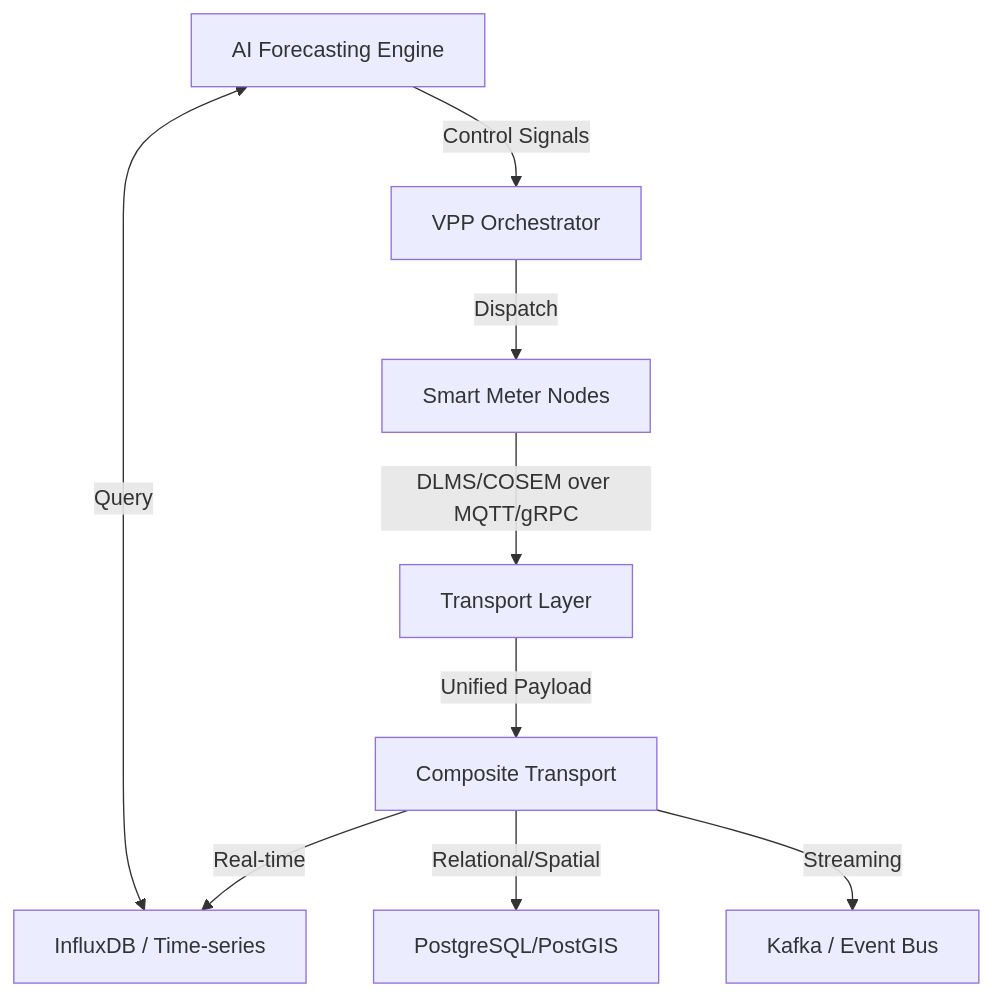
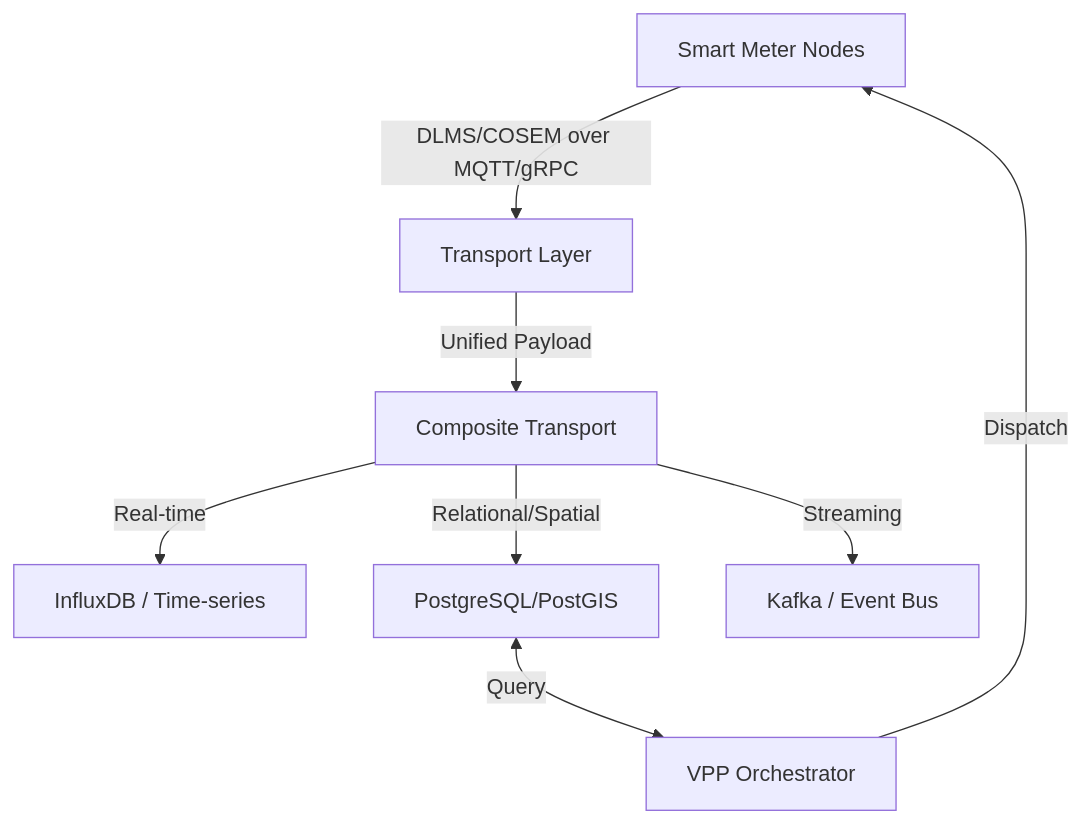
The diagram in docs/features/DATA_FLOW_INTEGRATION.md (NakaSato/gridtokenx-smartmeter-simulator), drawn with Mermaid before and after one commit. The commit also changed other lines of this file and 139 other files, not shown here.

````diff
--- a/docs/features/DATA_FLOW_INTEGRATION.md
+++ b/docs/features/DATA_FLOW_INTEGRATION.md
@@ -9,11 +9,10 @@
 ```mermaid
 graph TD
     A[Smart Meter Nodes] -->|DLMS/COSEM over MQTT/gRPC| B[Transport Layer]
     B -->|Unified Payload| C[Composite Transport]
     C -->|Real-time| D[InfluxDB / Time-series]
     C -->|Relational/Spatial| E[PostgreSQL/PostGIS]
     C -->|Streaming| F[Kafka / Event Bus]
-    G[AI Forecasting Engine] <-->|Query| D
-    G -->|Control Signals| H[VPP Orchestrator]
+    E <-->|Query| H[VPP Orchestrator]
     H -->|Dispatch| A
 ```
````
